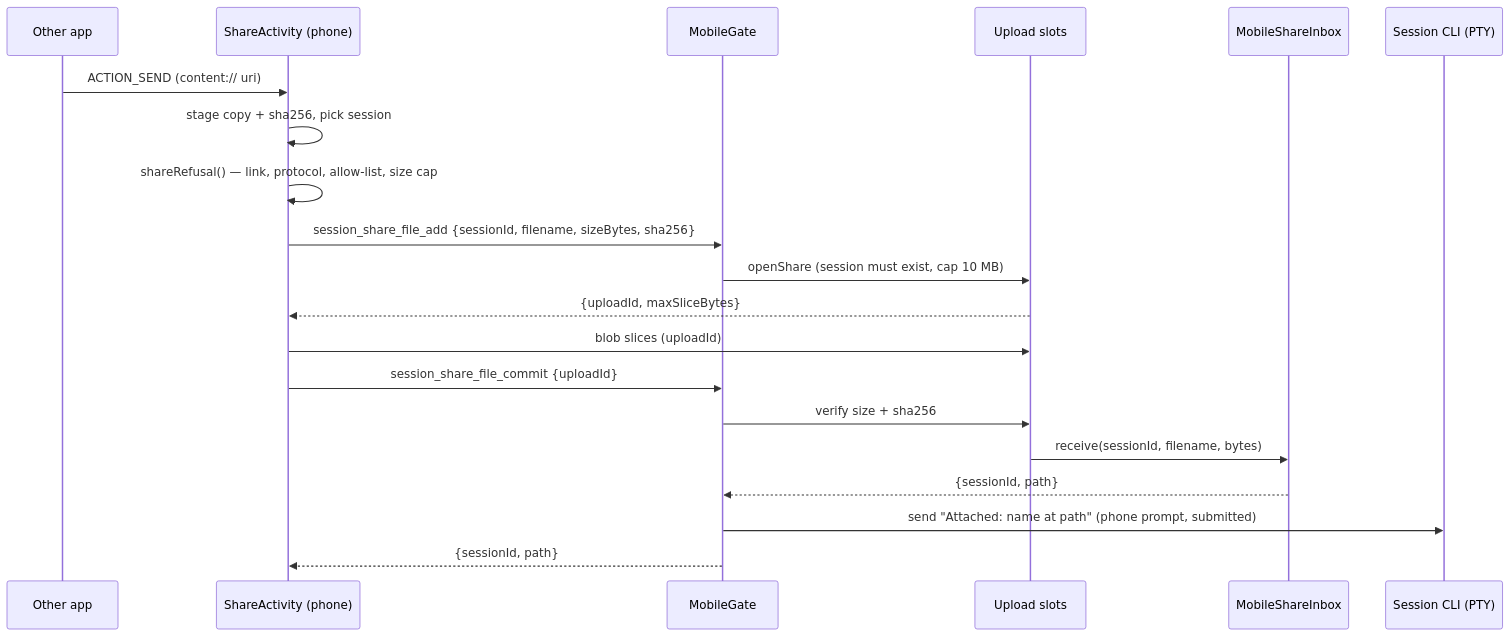
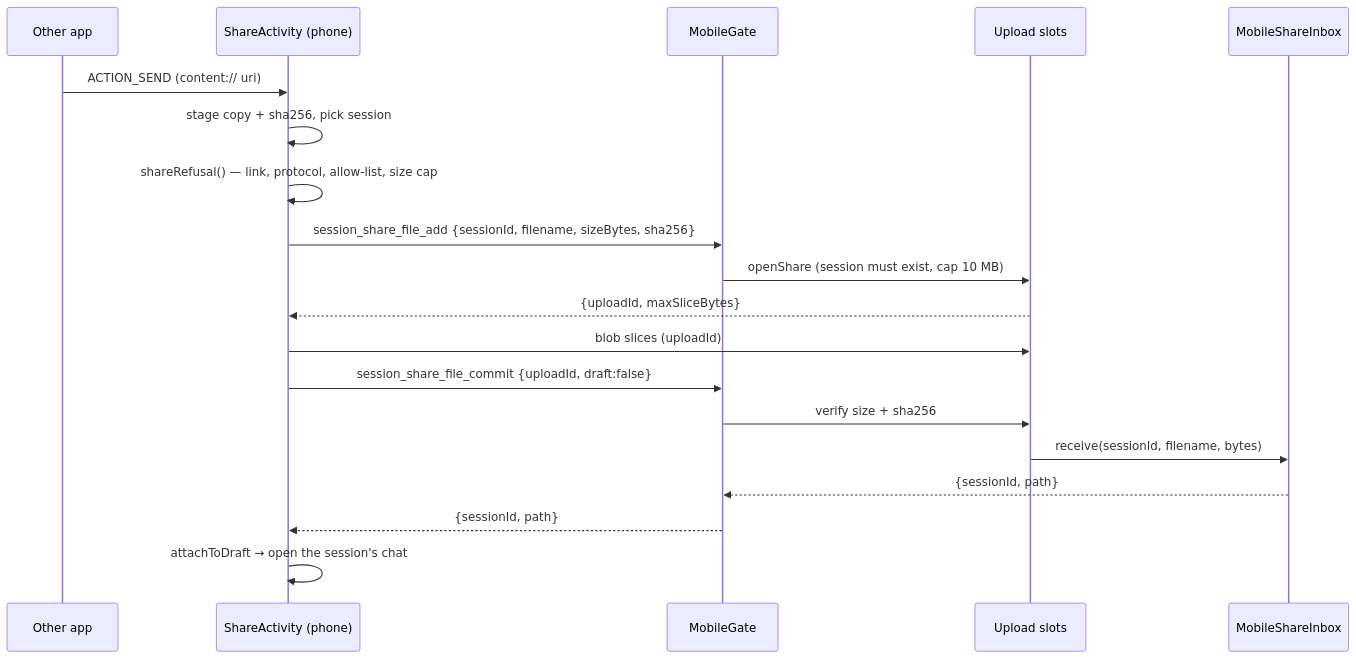
Before and after one commit to PetePeter/helm: the second of 6 diagrams in docs/mobile-app.md, drawn with Mermaid. The commit also changed other lines of this file and 5 other files, not shown here.

Commit message:
feat(android): share lands in the session's chat draft and opens the chat; LAN upload progress tracks the wire

````diff
--- a/docs/mobile-app.md
+++ b/docs/mobile-app.md
@@ -402,22 +407,21 @@
 ```mermaid
 sequenceDiagram
     participant App as Other app
     participant P as ShareActivity (phone)
     participant G as MobileGate
     participant U as Upload slots
     participant I as MobileShareInbox
-    participant S as Session CLI (PTY)
     App->>P: ACTION_SEND (content:// uri)
     P->>P: stage copy + sha256, pick session
     P->>P: shareRefusal() — link, protocol, allow-list, size cap
     P->>G: session_share_file_add {sessionId, filename, sizeBytes, sha256}
     G->>U: openShare (session must exist, cap 10 MB)
     U-->>P: {uploadId, maxSliceBytes}
     P->>U: blob slices (uploadId)
-    P->>G: session_share_file_commit {uploadId}
+    P->>G: session_share_file_commit {uploadId, draft:false}
     G->>U: verify size + sha256
     U->>I: receive(sessionId, filename, bytes)
     I-->>G: {sessionId, path}
-    G->>S: send "Attached: name at path" (phone prompt, submitted)
     G-->>P: {sessionId, path}
+    P->>P: attachToDraft → open the session's chat
 ```
````
